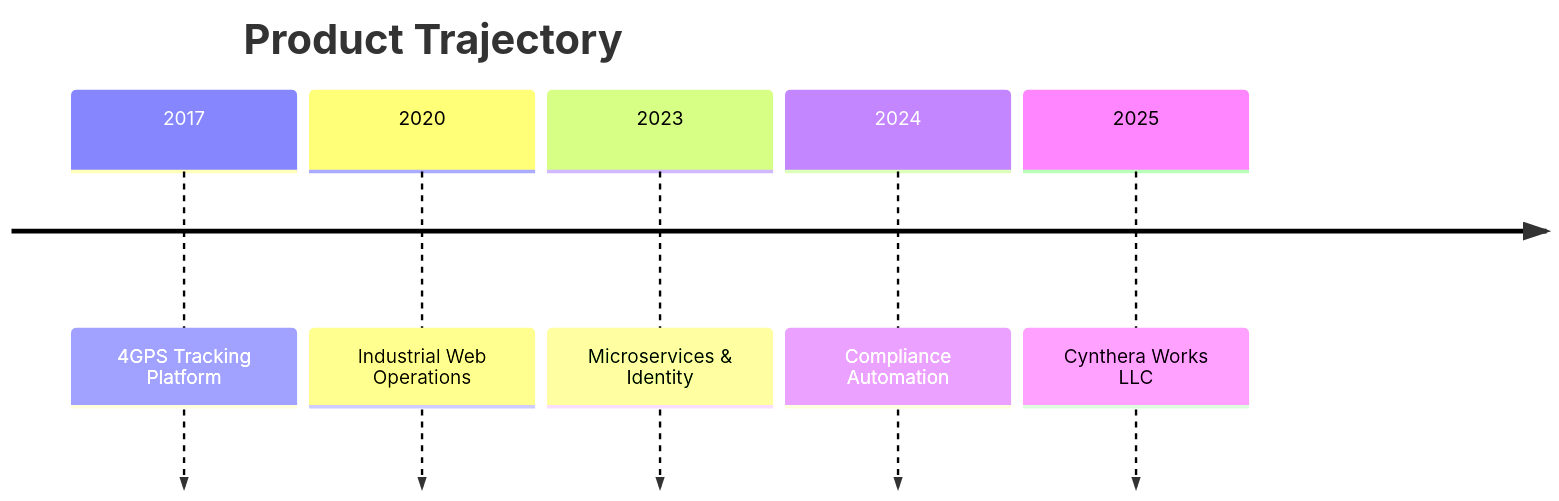
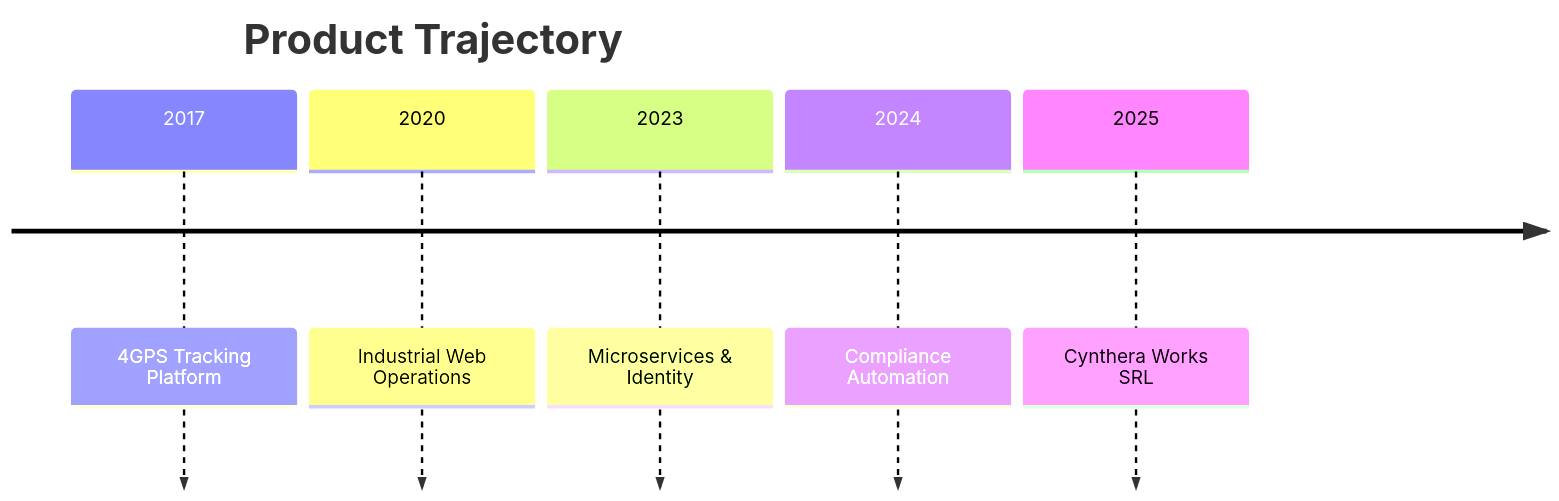
One commit to stefan2420/stefan2420 changed the second of 2 diagrams in README.md. Above: the diagram before and after it, drawn with Mermaid. The commit also changed other lines of this file, not shown here.

Commit message:
Update company name to SRL

````diff
--- a/README.md
+++ b/README.md
@@ -61,9 +61,9 @@
 ```mermaid
 timeline
     title Product Trajectory
     2017 : 4GPS Tracking Platform
     2020 : Industrial Web Operations
     2023 : Microservices & Identity
     2024 : Compliance Automation
-    2025 : Cynthera Works LLC
+    2025 : Cynthera Works SRL
 ```
````
